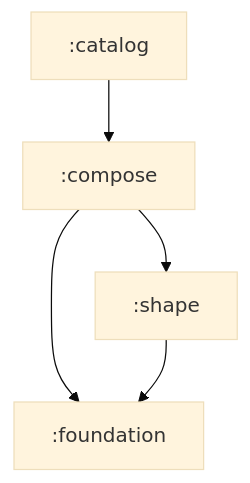
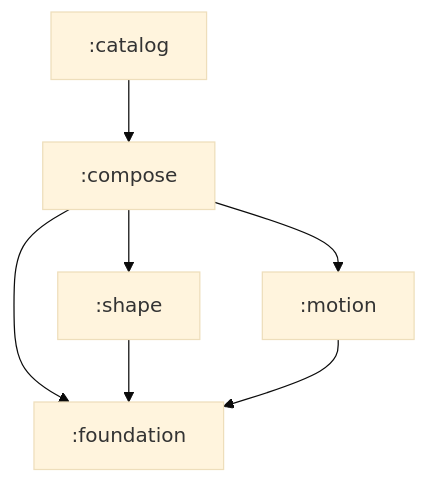
Before and after one commit to cortenaos/cortenaui: the diagram in docs/ARCHITECTURE.md, drawn with Mermaid (base theme). The commit also changed other lines of this file and 2 other files, not shown here.

Commit message:
feat: add motion design system and update docs (#24)

````diff
--- a/docs/ARCHITECTURE.md
+++ b/docs/ARCHITECTURE.md
@@ -5,7 +5,9 @@
 ```mermaid
 graph TD
     catalog["`:catalog`"] --> compose["`:compose`"]
     compose --> shape["`:shape`"]
+    compose --> motion["`:motion`"]
     compose --> foundation["`:foundation`"]
     shape --> foundation
+    motion --> foundation
 ```
````
